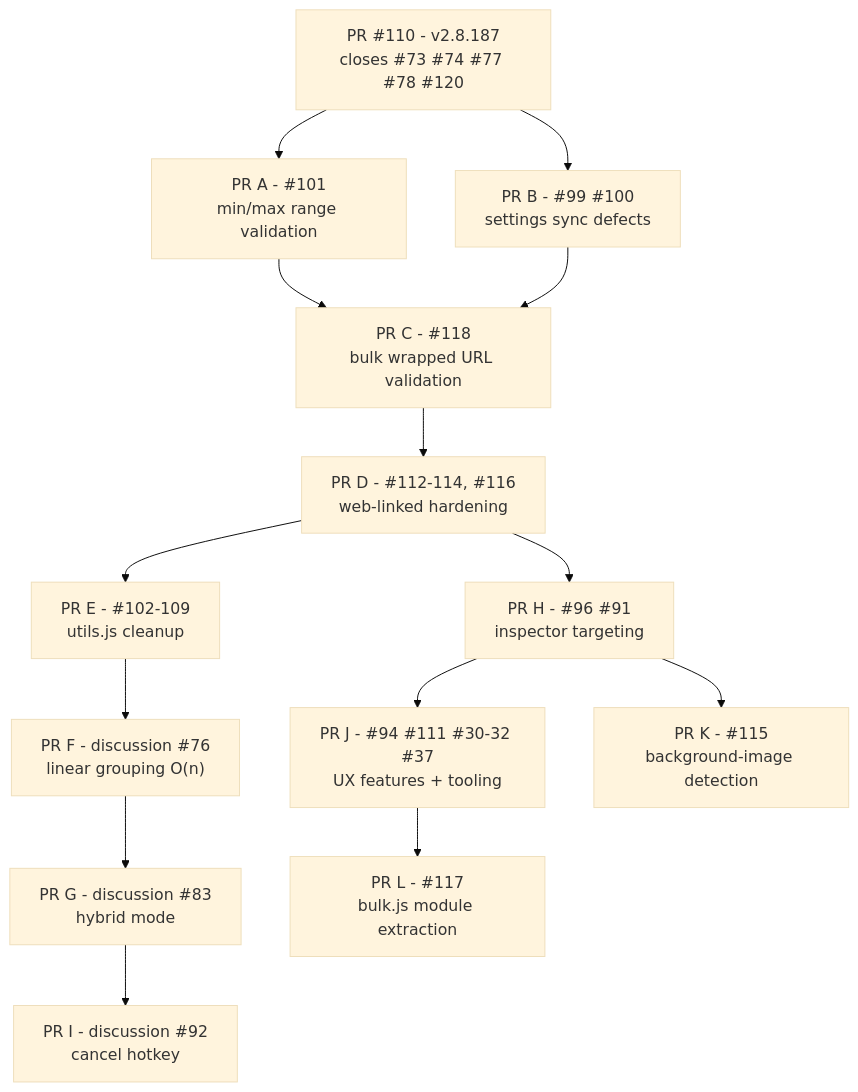
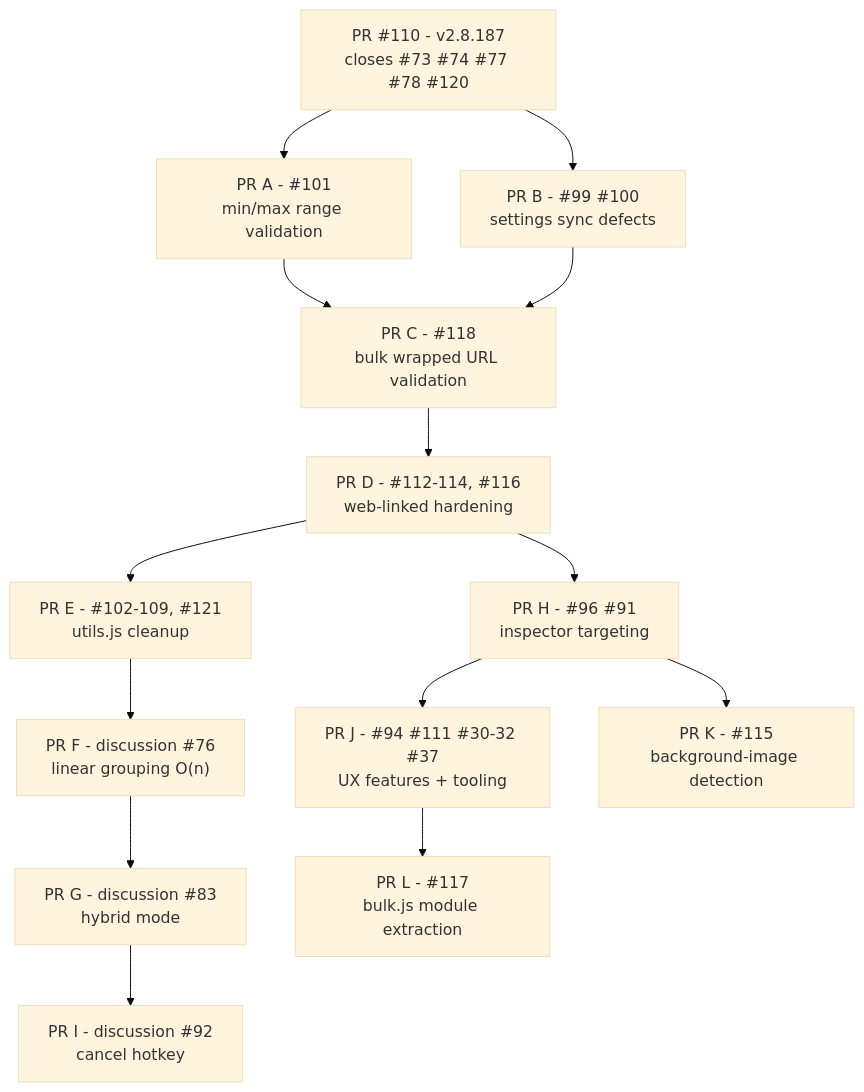
The diagram in docs/ROADMAP.md (del-Pacifico/Mass-Image-Downloader), drawn with Mermaid (base theme) before and after one commit. The commit also changed other lines of this file, not shown here.

Commit message:
docs(roadmap): assign Issue #121 to v2.8.189 PR E

````diff
--- a/docs/ROADMAP.md
+++ b/docs/ROADMAP.md
@@ -59,16 +59,16 @@
 ```mermaid
 graph TD
     PR110["PR #110 - v2.8.187<br/>closes #73 #74 #77 #78 #120"] --> PRA["PR A - #101<br/>min/max range validation"]
     PR110 --> PRB["PR B - #99 #100<br/>settings sync defects"]
     PRA --> PRC["PR C - #118<br/>bulk wrapped URL validation"]
     PRB --> PRC
     PRC --> PRD["PR D - #112-114, #116<br/>web-linked hardening"]
-    PRD --> PRE["PR E - #102-109<br/>utils.js cleanup"]
+    PRD --> PRE["PR E - #102-109, #121<br/>utils.js cleanup"]
     PRE --> PRF["PR F - discussion #76<br/>linear grouping O(n)"]
     PRF --> PRG["PR G - discussion #83<br/>hybrid mode"]
     PRD --> PRH["PR H - #96 #91<br/>inspector targeting"]
     PRG --> PRI["PR I - discussion #92<br/>cancel hotkey"]
     PRH --> PRJ["PR J - #94 #111 #30-32 #37<br/>UX features + tooling"]
     PRH --> PRK["PR K - #115<br/>background-image detection"]
     PRJ --> PRL["PR L - #117<br/>bulk.js module extraction"]
 ```
````
